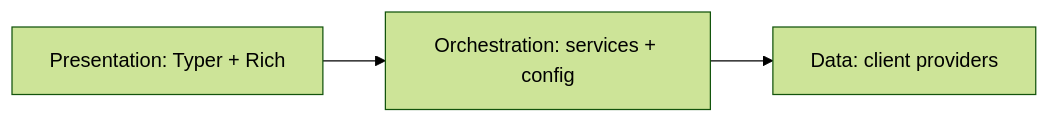
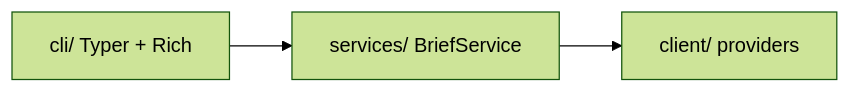
One commit to Kultrol/mydash changed the diagram in README.md. Above: the diagram before and after it, drawn with Mermaid (forest theme). The commit also changed other lines of this file and 19 other files, not shown here.

First line of the commit message:
Release v0.5.0 MVP: brief service, Rich dashboard, packaging, and docs.

````diff
--- a/README.md
+++ b/README.md
@@ -46,7 +93,7 @@
 ```mermaid
 flowchart LR
-    CLI["Presentation: Typer + Rich"]
-    SVC["Orchestration: services + config"]
-    DATA["Data: client providers"]
+    CLI["cli/ Typer + Rich"]
+    SVC["services/ BriefService"]
+    DATA["client/ providers"]
     CLI --> SVC --> DATA
 ```
````
